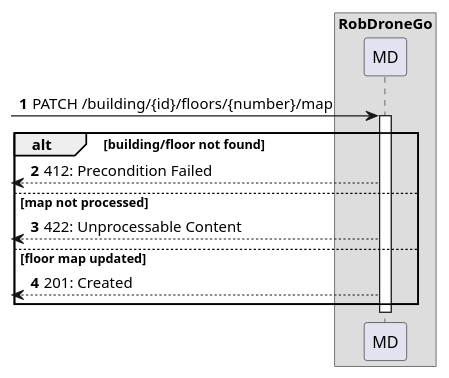
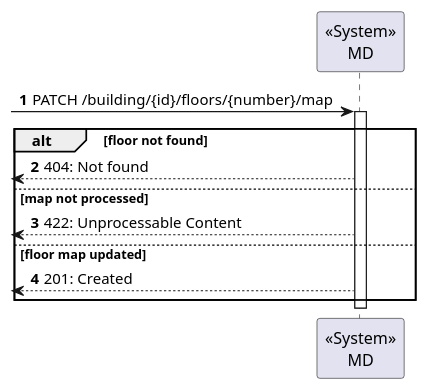
The diagram in docs/us230/level2/process-view.puml (Departamento-de-Engenharia-Informatica/lapr5-23-24-g19), drawn with PlantUML before and after one commit. The commit also changed 8 other files, not shown here.

```diff
--- a/docs/us230/level2/process-view.puml
+++ b/docs/us230/level2/process-view.puml
@@ -1,19 +1,17 @@
 @startuml
 autonumber
 
-box "RobDroneGo"
-participant "MD" as mdr
+participant "<<System>>\nMD" as mdr
 
 [-> mdr: PATCH /building/{id}/floors/{number}/map
 activate mdr
-alt building/floor not found
-    [<--mdr  : 412: Precondition Failed
+alt floor not found
+    [<--mdr  : 404: Not found
 else map not processed
     [<--mdr : 422: Unprocessable Content
 else floor map updated
     [<--mdr  : 201: Created
 end
-
 deactivate mdr
 
 @enduml
```
